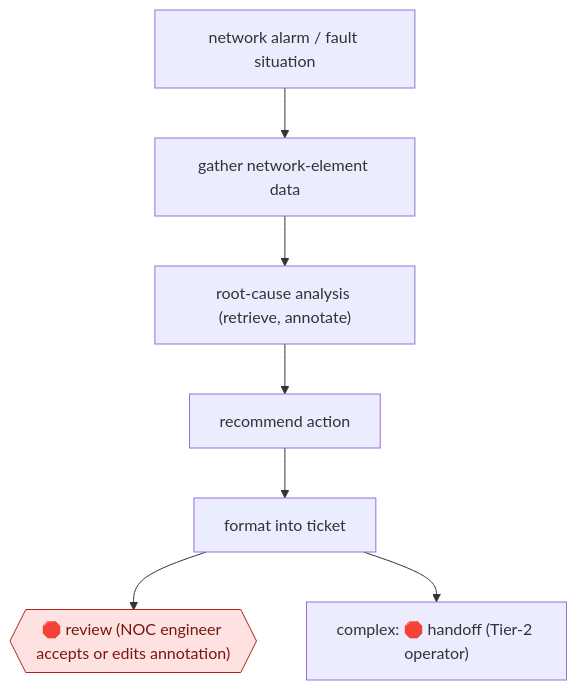
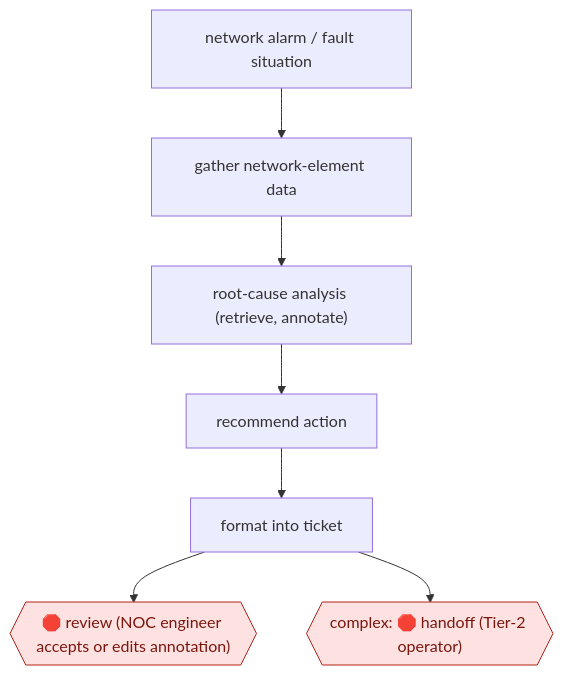
One commit to milesradford99/agent-workflow-atlas changed the diagram in workflows/TEC/ITS/SRE/open-loop-noc-root-cause/README.md. Above: the diagram before and after it, drawn with Mermaid. The commit also changed 171 other files, not shown here.

````diff
--- a/workflows/TEC/ITS/SRE/open-loop-noc-root-cause/README.md
+++ b/workflows/TEC/ITS/SRE/open-loop-noc-root-cause/README.md
@@ -31,17 +31,17 @@
 ```mermaid
 flowchart TD
   n1["network alarm / fault situation"]
   n2["gather network-element data"]
+  n3["root-cause analysis (retrieve, annotate)"]
+  n4["recommend action"]
+  n5["format into ticket"]
+  n6{{"🛑 review (NOC engineer accepts or edits annotation)"}}:::stop
+  n7{{"complex: 🛑 handoff (Tier-2 operator)"}}:::stop
   n1 --> n2
-  n3["root-cause analysis (retrieve, annotate)"]
   n2 --> n3
-  n4["recommend action"]
   n3 --> n4
-  n5["format into ticket"]
   n4 --> n5
-  n6{{"🛑 review (NOC engineer accepts or edits annotation)"}}:::stop
   n5 --> n6
-  n7["complex: 🛑 handoff (Tier-2 operator)"]
   n5 --> n7
   classDef stop fill:#fde2e1,stroke:#b42318,color:#7a1610
 ```
````
